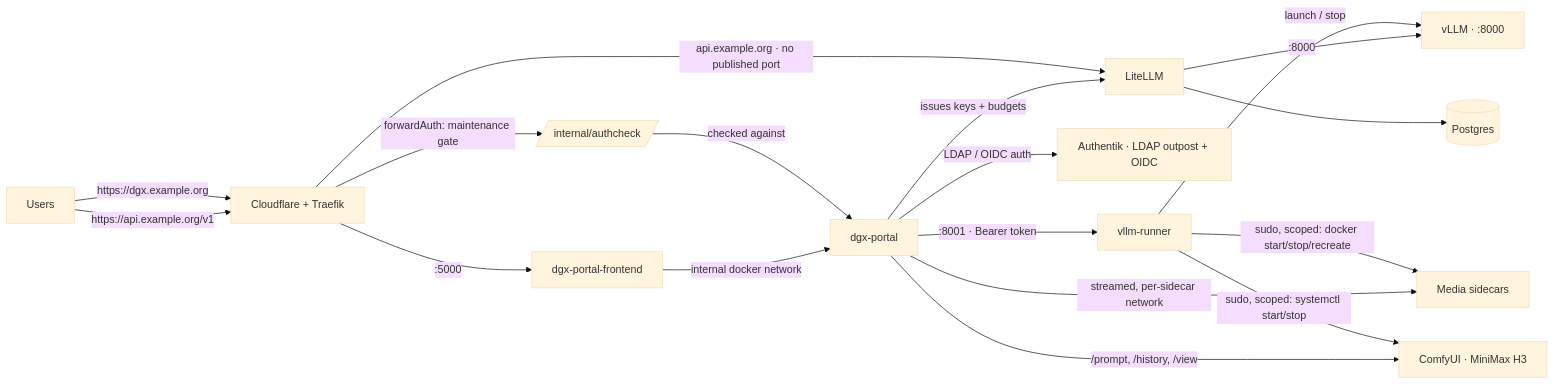
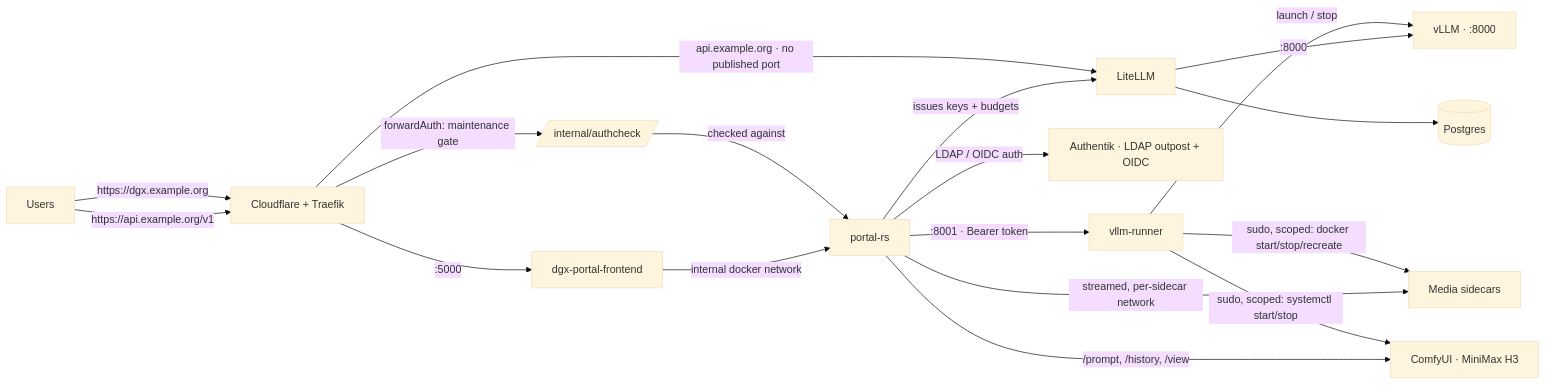
The diagram in docs/architecture.md (Sunderrrr/dgx-spark-llm-platform), drawn with Mermaid (base theme) before and after one commit. The commit also changed other lines of this file and 23 other files, not shown here.

````diff
--- a/docs/architecture.md
+++ b/docs/architecture.md
@@ -9,20 +9,20 @@
 ```mermaid
 flowchart LR
   U[Users] -->|https://dgx.example.org| CF[Cloudflare + Traefik]
   U -->|https://api.example.org/v1| CF
   CF -->|forwardAuth: maintenance gate| AC[/internal/authcheck/]
   AC -->|checked against| P
   CF -->|:5000| F[dgx-portal-frontend]
   CF -->|api.example.org · no published port| L[LiteLLM]
-  F -->|internal docker network| P[dgx-portal]
+  F -->|internal docker network| P[portal-rs]
   P -->|LDAP / OIDC auth| IDP[Authentik · LDAP outpost + OIDC]
   P -->|issues keys + budgets| L
   P -->|:8001 · Bearer token| R[vllm-runner]
   R -->|launch / stop| V[vLLM · :8000]
   R -->|sudo, scoped: docker start/stop/recreate| S[Media sidecars]
   R -->|sudo, scoped: systemctl start/stop| CU[ComfyUI · MiniMax H3]
   L -->|:8000| V
   L --> PG[(Postgres)]
   P -->|streamed, per-sidecar network| S
   P -->|/prompt, /history, /view| CU
 ```
````
